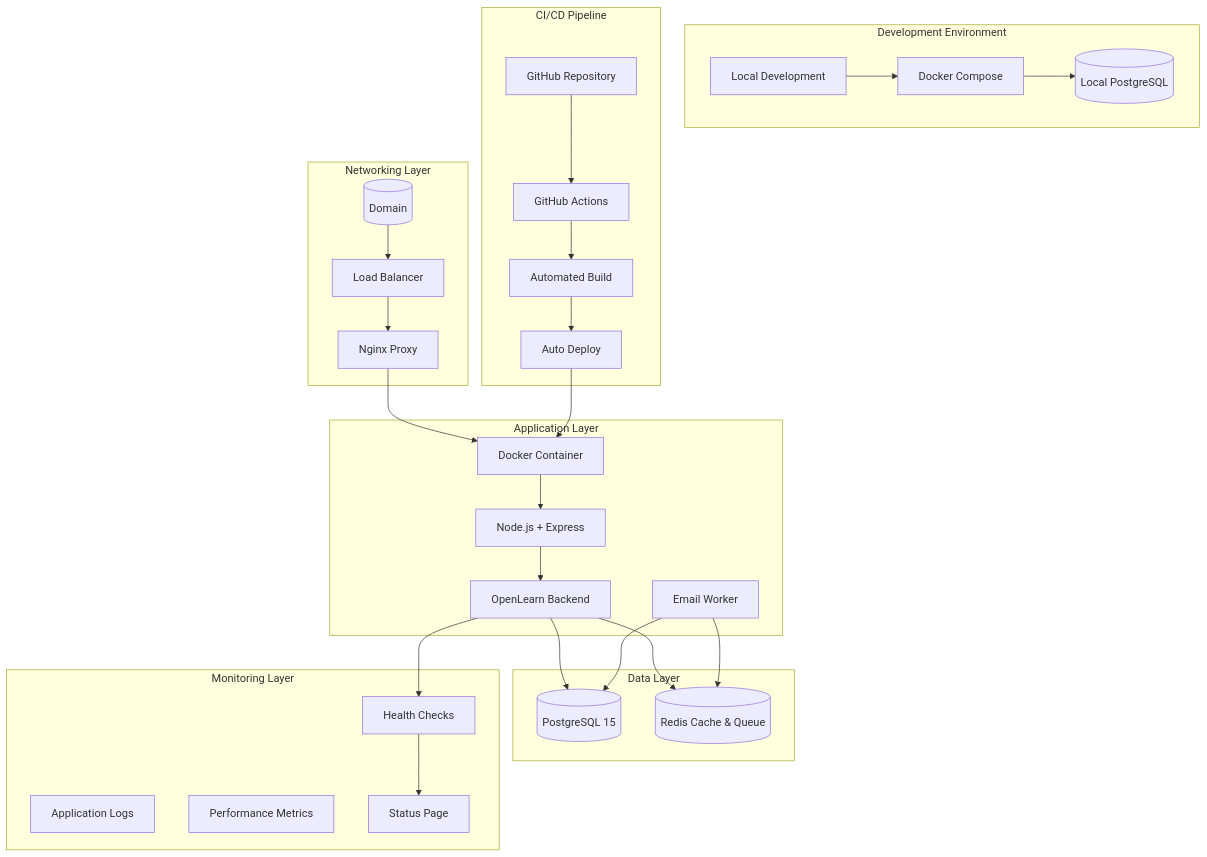
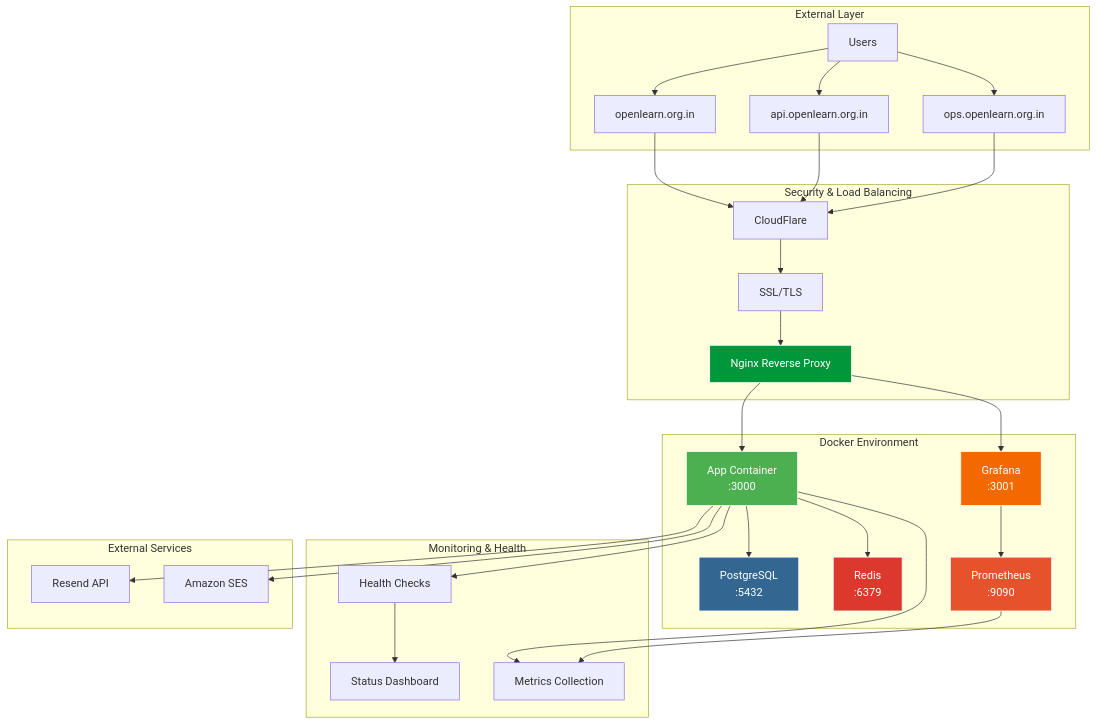
Before and after one commit to openlearnnitj/openlearn-backend: the fifth of 6 diagrams in README.md, drawn with Mermaid. The commit also changed other lines of this file and 1 other file, not shown here.

Commit message:
docs: update README.md to reflect new monitoring features and skip rebuilds on trivial documentation changes

````diff
--- a/README.md
+++ b/README.md
@@ -582,60 +404,66 @@
 ```mermaid
-graph TD
-    subgraph "Networking Layer"
-        DOMAIN[(Domain)]
-        LB[Load Balancer]
-        NGINX[Nginx Proxy]
+graph TB
+    subgraph "External Layer"
+        USER[Users]
+        DOMAIN[openlearn.org.in]
+        API_DOMAIN[api.openlearn.org.in]
+        OPS_DOMAIN[ops.openlearn.org.in]
     end
     
-    subgraph "Application Layer"
-        DOCKER[Docker Container]
-        NODE[Node.js + Express]
-        APP[OpenLearn Backend]
-        WORKER[Email Worker]
+    subgraph "Security & Load Balancing"
+        CF[CloudFlare]
+        SSL[SSL/TLS]
+        NGINX[Nginx Reverse Proxy]
     end
     
-    subgraph "Data Layer"
-        PG[(PostgreSQL 15)]
-        REDIS[(Redis Cache & Queue)]
+    subgraph "Docker Environment"
+        APP_CONTAINER[App Container<br/>:3000]
+        DB_CONTAINER[PostgreSQL<br/>:5432]
+        REDIS_CONTAINER[Redis<br/>:6379]
+        PROM_CONTAINER[Prometheus<br/>:9090]
+        GRAFANA_CONTAINER[Grafana<br/>:3001]
     end
     
-    subgraph "Monitoring Layer"
+    subgraph "Monitoring & Health"
         HEALTH[Health Checks]
-        LOGS[Application Logs]
-        METRICS[Performance Metrics]
-        STATUS[Status Page]
-    end
-
-    subgraph "Development Environment"
-        LOCAL[Local Development]
-        COMPOSE[Docker Compose]
-        DEV_DB[(Local PostgreSQL)]
+        STATUS_PAGE[Status Dashboard]
+        METRICS[Metrics Collection]
     end
     
-    subgraph "CI/CD Pipeline"
-        GITHUB[GitHub Repository]
-        ACTIONS[GitHub Actions]
-        BUILD[Automated Build]
-        DEPLOY[Auto Deploy]
+    subgraph "External Services"
+        RESEND[Resend API]
+        AWS_SES[Amazon SES]
     end
     
-    DOMAIN --> LB
-    LB --> NGINX
-    NGINX --> DOCKER
-    DOCKER --> NODE
-    NODE --> APP
-    APP --> PG
-    APP --> REDIS
-    APP --> HEALTH
-    WORKER --> REDIS
-    WORKER --> PG
-    HEALTH --> STATUS
+    USER --> DOMAIN
+    USER --> API_DOMAIN
+    USER --> OPS_DOMAIN
+    DOMAIN --> CF
+    API_DOMAIN --> CF
+    OPS_DOMAIN --> CF
+    CF --> SSL
+    SSL --> NGINX
     
-    LOCAL --> COMPOSE
-    COMPOSE --> DEV_DB
+    NGINX --> APP_CONTAINER
+    NGINX --> GRAFANA_CONTAINER
     
-    GITHUB --> ACTIONS
-    ACTIONS --> BUILD
-    BUILD --> DEPLOY
-    DEPLOY --> DOCKER
+    APP_CONTAINER --> DB_CONTAINER
+    APP_CONTAINER --> REDIS_CONTAINER
+    APP_CONTAINER --> METRICS
+    
+    PROM_CONTAINER --> METRICS
+    GRAFANA_CONTAINER --> PROM_CONTAINER
+    
+    APP_CONTAINER --> HEALTH
+    HEALTH --> STATUS_PAGE
+    
+    APP_CONTAINER --> RESEND
+    APP_CONTAINER --> AWS_SES
+    
+    style APP_CONTAINER fill:#4CAF50,stroke:#fff,color:#fff
+    style DB_CONTAINER fill:#336791,stroke:#fff,color:#fff
+    style REDIS_CONTAINER fill:#DC382D,stroke:#fff,color:#fff
+    style PROM_CONTAINER fill:#E6522C,stroke:#fff,color:#fff
+    style GRAFANA_CONTAINER fill:#F46800,stroke:#fff,color:#fff
+    style NGINX fill:#009639,stroke:#fff,color:#fff
 ```
````
